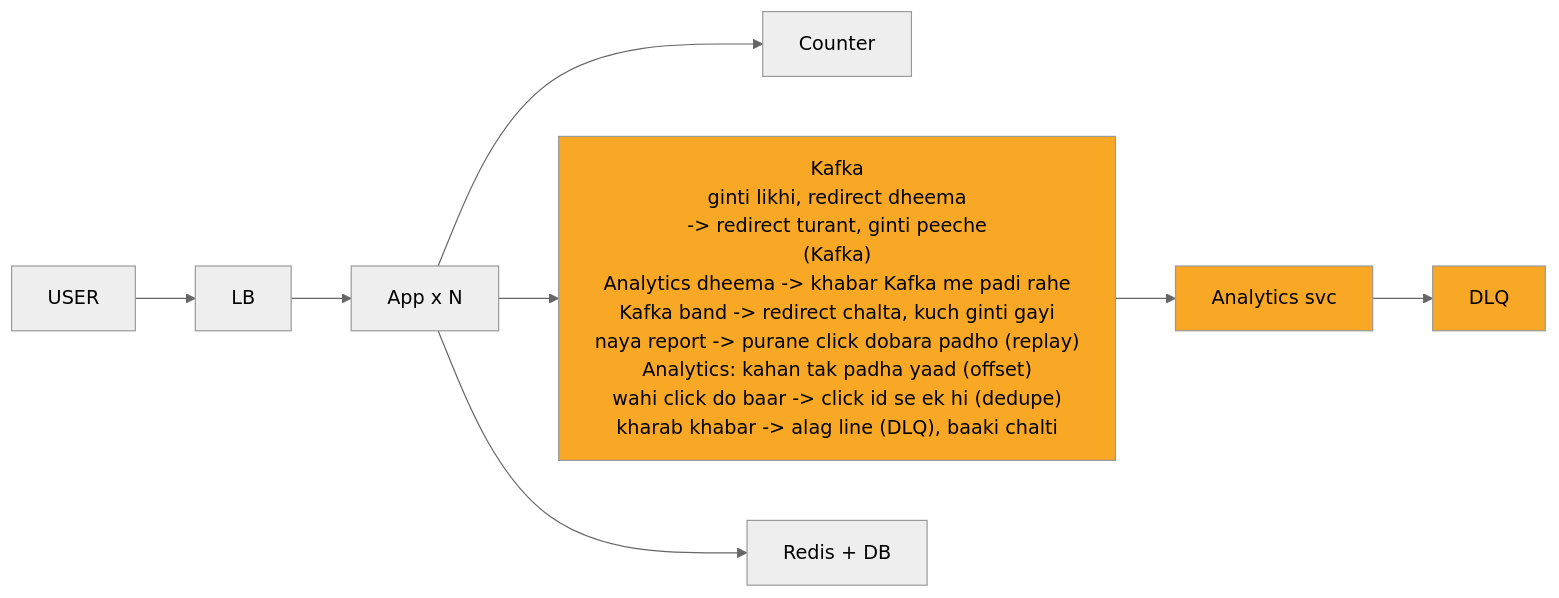
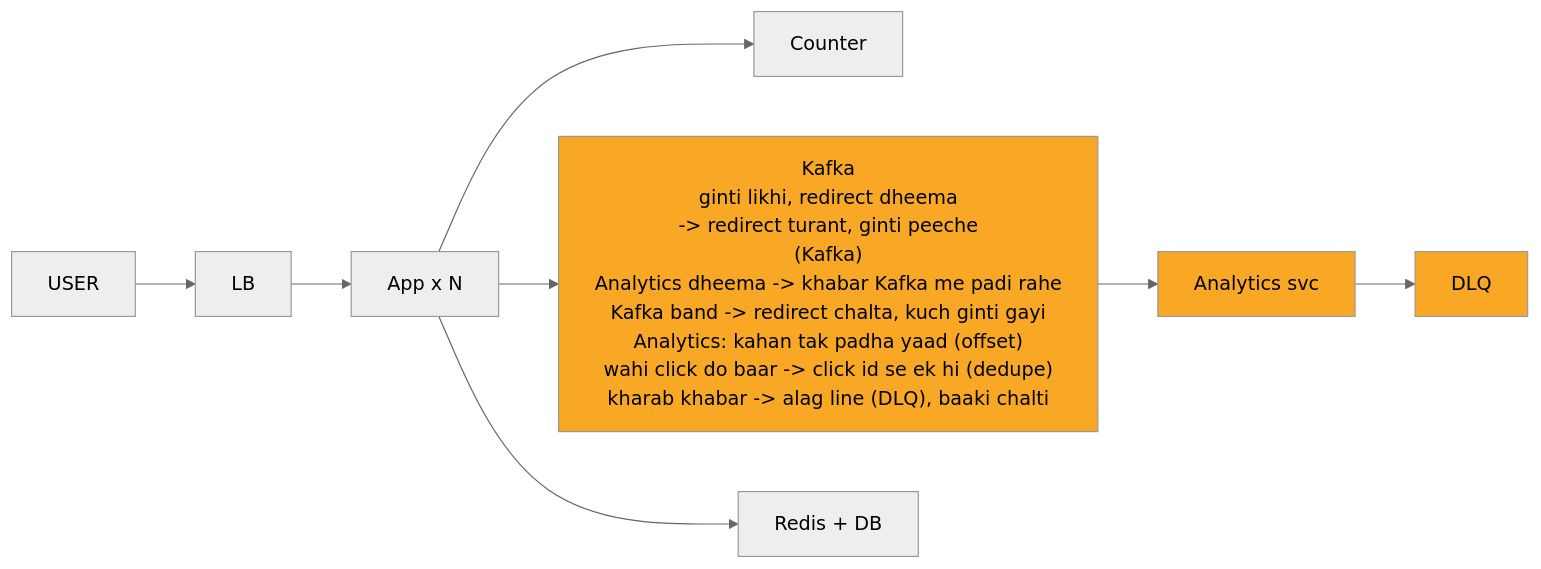
The fifth of 10 diagrams in 04_HLD/SYSTEM_DESIGNS/01_url_shortener/01_url_shortener.md (ArpanMaheshwari144/Prep), drawn with Mermaid (neutral theme) before and after one commit. The commit also changed other lines of this file, not shown here.

Commit message:
url shortener: peele dabbe chhote (Redis 10, Kafka 8 line)

````diff
--- a/04_HLD/SYSTEM_DESIGNS/01_url_shortener/01_url_shortener.md
+++ b/04_HLD/SYSTEM_DESIGNS/01_url_shortener/01_url_shortener.md
@@ -229,22 +229,22 @@
 ```mermaid
 %%{init: {"flowchart": {"wrappingWidth": 450}}}%%
 flowchart LR
     n_USER["USER"]
     n_LB["LB"]
     n_App_xN["App x N"]
     n_Counter["Counter"]
-    n_Kafka["Kafka<br/>ginti likhi, redirect dheema<br/>-> redirect turant, ginti peeche<br/>(Kafka)<br/>Analytics dheema -> khabar Kafka me padi rahe<br/>Kafka band -> redirect chalta, kuch ginti gayi<br/>naya report -> purane click dobara padho (replay)<br/>Analytics: kahan tak padha yaad (offset)<br/>wahi click do baar -> click id se ek hi (dedupe)<br/>kharab khabar -> alag line (DLQ), baaki chalti"]
+    n_Kafka["Kafka<br/>ginti likhi, redirect dheema<br/>-> redirect turant, ginti peeche<br/>(Kafka)<br/>Analytics dheema -> khabar Kafka me padi rahe<br/>Kafka band -> redirect chalta, kuch ginti gayi<br/>Analytics: kahan tak padha yaad (offset)<br/>wahi click do baar -> click id se ek hi (dedupe)<br/>kharab khabar -> alag line (DLQ), baaki chalti"]
     n_Analytics_svc["Analytics svc"]
     n_DLQ["DLQ"]
     n_RD["Redis + DB"]
     n_USER --> n_LB
     n_LB --> n_App_xN
     n_App_xN --> n_Counter
     n_App_xN --> n_Kafka
     n_App_xN --> n_RD
     n_Kafka --> n_Analytics_svc
     n_Analytics_svc --> n_DLQ
     style n_Kafka fill:#f9a825,color:#000
     style n_Analytics_svc fill:#f9a825,color:#000
     style n_DLQ fill:#f9a825,color:#000
 ```
````
